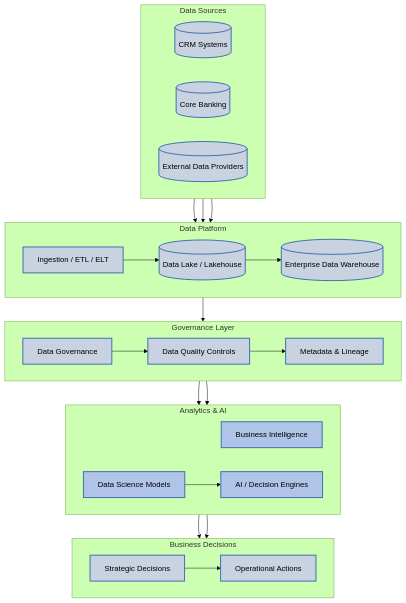
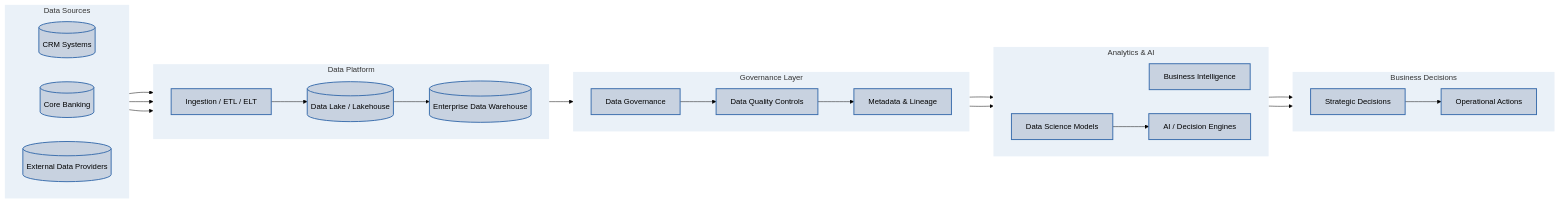
One commit to hovhannisyan91/ashb changed the diagram in index.qmd. Above: the diagram before and after it, drawn with Mermaid (forest theme). The commit also changed other lines of this file and 3 other files, not shown here.

````diff
--- a/index.qmd
+++ b/index.qmd
@@ -280,11 +255,11 @@
 ```{mermaid}
-flowchart TB
+flowchart LR
 
 %% =======================
 %% GLOBAL STYLES
 %% =======================
 classDef defaultStyle fill:#C8D2E0,stroke:#3B6EAD,stroke-width:2px,color:#000;
-classDef highlightStyle fill:#AFC4E8,stroke:#3B6EAD,stroke-width:2px,color:#000;
+classDef highlightStyle fill:#C8D2E0,stroke:#3B6EAD,stroke-width:2px,color:#000;
 
 %% =======================
 %% DATA SOURCES
@@ -317,7 +292,7 @@
 end
 
 %% =======================
-%% ANALYTICS & AI (BRIGHTER BLUE)
+%% ANALYTICS & AI
 %% =======================
 subgraph L4[Analytics & AI]
     direction LR
@@ -336,10 +311,19 @@
 end
 
 %% =======================
-%% APPLY STYLES
+%% APPLY NODE STYLES
 %% =======================
 class CRM,CORE,EXT,INGEST,LAKE,DWH,GOV,QUALITY,META,DECISION,OPS defaultStyle;
-class BI,DS,AI highlightStyle;
+class BI,DS,AI defaultStyle;
+
+%% =======================
+%% SUBGRAPH BACKGROUND (NO BORDERS)
+%% =======================
+style L1 fill:#EAF1F8,stroke-width:0px
+style L2 fill:#EAF1F8,stroke-width:0px
+style L3 fill:#EAF1F8,stroke-width:0px
+style L4 fill:#EAF1F8,stroke-width:0px
+style L5 fill:#EAF1F8,stroke-width:0px
 
 %% =======================
 %% FLOW
````
